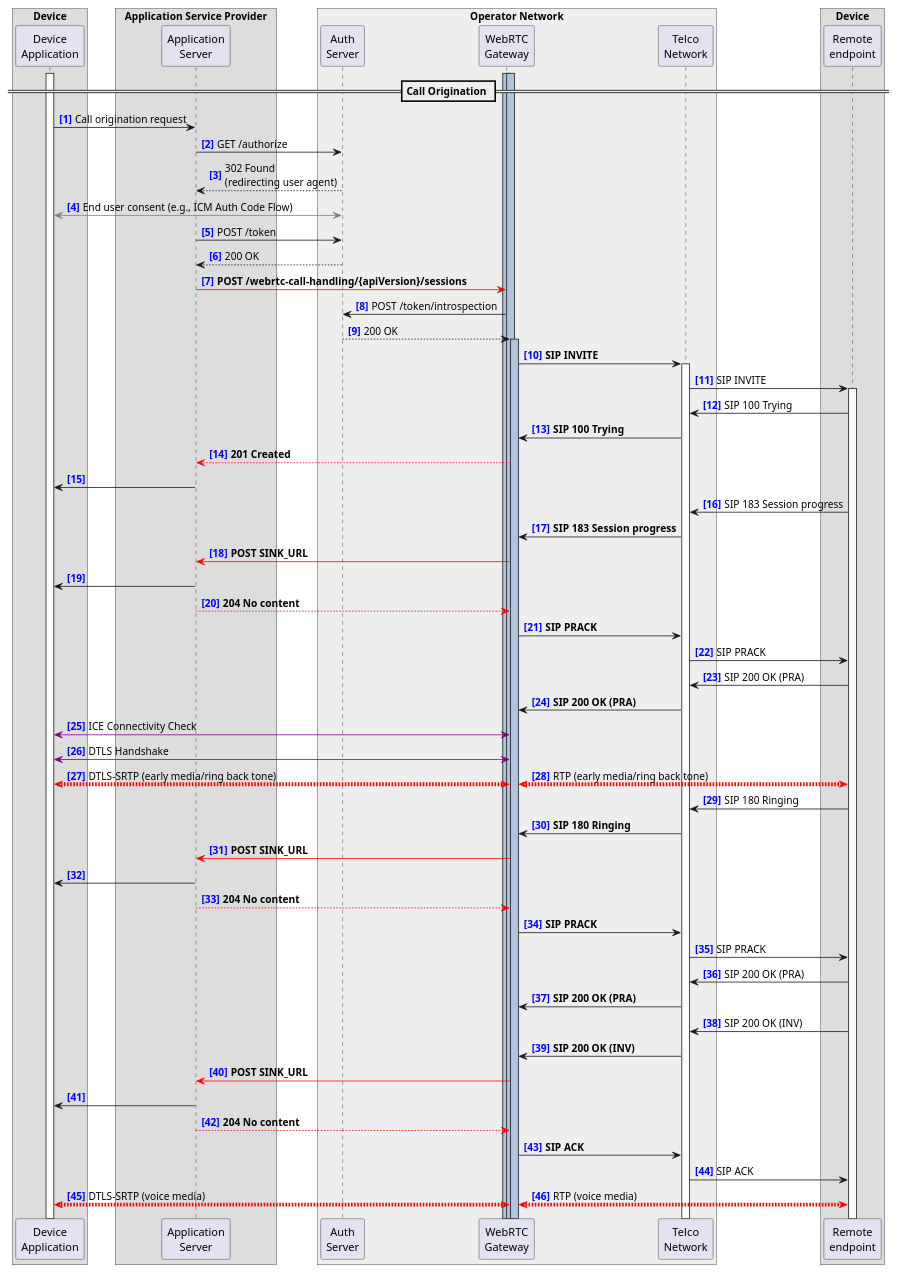
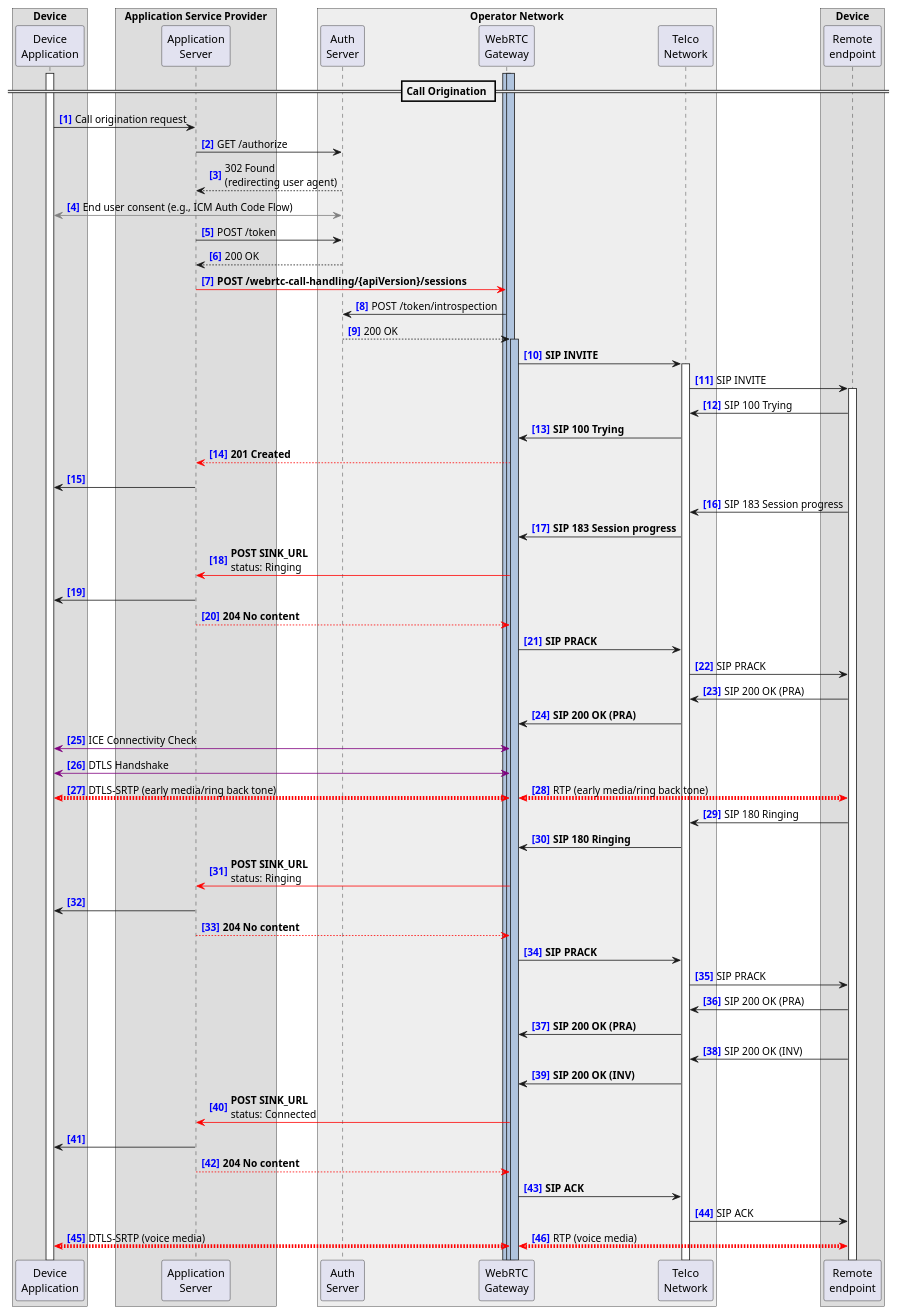
The diagram in documentation/SupportingDocuments/uml-diagrams-APIprovider/call_origination_and_disconnection_fig-1.wsd (camaraproject/WebRTC), drawn with PlantUML before and after one commit.

Commit message:
Revise UML diagram for call origination process
adding status label to webhook action

```diff
--- a/documentation/SupportingDocuments/uml-diagrams-APIprovider/call_origination_and_disconnection_fig-1.wsd
+++ b/documentation/SupportingDocuments/uml-diagrams-APIprovider/call_origination_and_disconnection_fig-1.wsd
@@ -1,112 +1,113 @@
 @startuml
 
 !pragma teoz true
 autonumber 1 "<font color=blue><b>[0]"
 
 <style>
 .box {
   Margin 40
 }
 .audio{
   arrow {
     LineColor red
     LineThickness 5
   }
 }
 </style>
 
 box Device 
   participant "Device\nApplication" as DA
 end box
 
 box Application Service Provider
   participant "Application\nServer" as AS
 end box
 
 box "Operator Network" #EEEEEE
   participant "Auth\nServer" as AUTH
   participant "WebRTC\nGateway" as WG
   participant "Telco\nNetwork" as TN
 end box
 
 box Device
   participant "Remote\nendpoint" as RE
 end box
 
 activate WG #LightSteelBlue
 activate WG #LightSteelBlue
 activate DA
 
 == Call Origination ==
 
 DA -> AS: Call origination request
 
 AS -> AUTH: GET /authorize
 AS <-- AUTH: 302 Found\n(redirecting user agent)
 DA <[#gray]-> AUTH: End user consent (e.g., ICM Auth Code Flow)
 AS -> AUTH: POST /token
 AS <-- AUTH: 200 OK
 
 AS -[#red]> WG : **POST /webrtc-call-handling/{apiVersion}/sessions**
 
 AUTH <- WG: POST /token/introspection
 AUTH --> WG: 200 OK
 activate WG #LightSteelBlue
 
 WG -> TN ++: **SIP INVITE**
 
 TN -> RE ++: SIP INVITE
 TN <- RE: SIP 100 Trying
 
 WG <- TN: **SIP 100 Trying**
 AS <[#red]-- WG: **201 Created**
 
 DA <- AS
 
 TN <- RE: SIP 183 Session progress
 
 WG <- TN: **SIP 183 Session progress**
 
-AS <[#red]- WG: **POST SINK_URL**
+AS <[#red]- WG: **POST SINK_URL**\nstatus: Ringing
 
 DA <- AS
 
 AS --[#red]> WG: **204 No content**
 
 WG -> TN: **SIP PRACK**
 TN -> RE: SIP PRACK
 TN <- RE: SIP 200 OK (PRA)
 WG <- TN: **SIP 200 OK (PRA)**
 
 DA <[#purple]-> WG: ICE Connectivity Check
 DA <[#purple]-> WG: DTLS Handshake
 
 DA <--> WG <<audio>>: DTLS-SRTP (early media/ring back tone)
 & WG <--> RE <<audio>>: RTP (early media/ring back tone)
 
 TN <- RE: SIP 180 Ringing
 WG <- TN: **SIP 180 Ringing**
 
-AS <[#red]- WG: **POST SINK_URL**
+AS <[#red]- WG: **POST SINK_URL**\nstatus: Ringing
 DA <- AS
 AS --[#red]> WG: **204 No content**
 
 WG -> TN: **SIP PRACK**
 TN -> RE: SIP PRACK
 TN <- RE: SIP 200 OK (PRA)
 WG <- TN: **SIP 200 OK (PRA)**
 
 TN <- RE: SIP 200 OK (INV)
 WG <- TN: **SIP 200 OK (INV)**
 
-AS <[#red]- WG: **POST SINK_URL**
+AS <[#red]- WG: **POST SINK_URL**\nstatus: Connected
 DA <- AS
 AS --[#red]> WG: **204 No content**
 
 WG -> TN : **SIP ACK**
 TN -> RE: SIP ACK
 
 DA <--> WG <<audio>>: DTLS-SRTP (voice media)
 & WG <--> RE <<audio>>: RTP (voice media)
 
+
 @enduml
```
